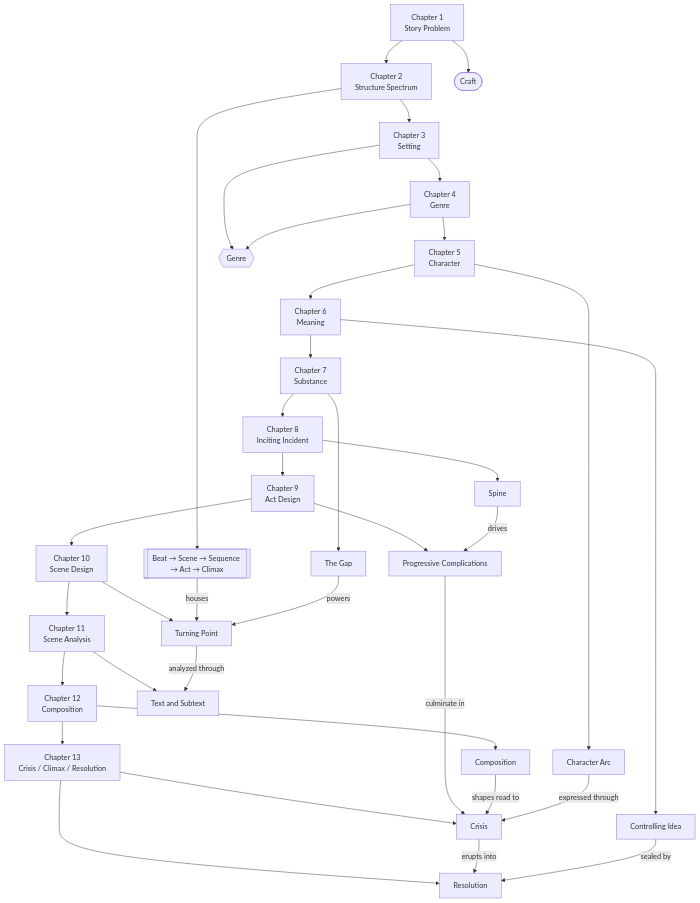
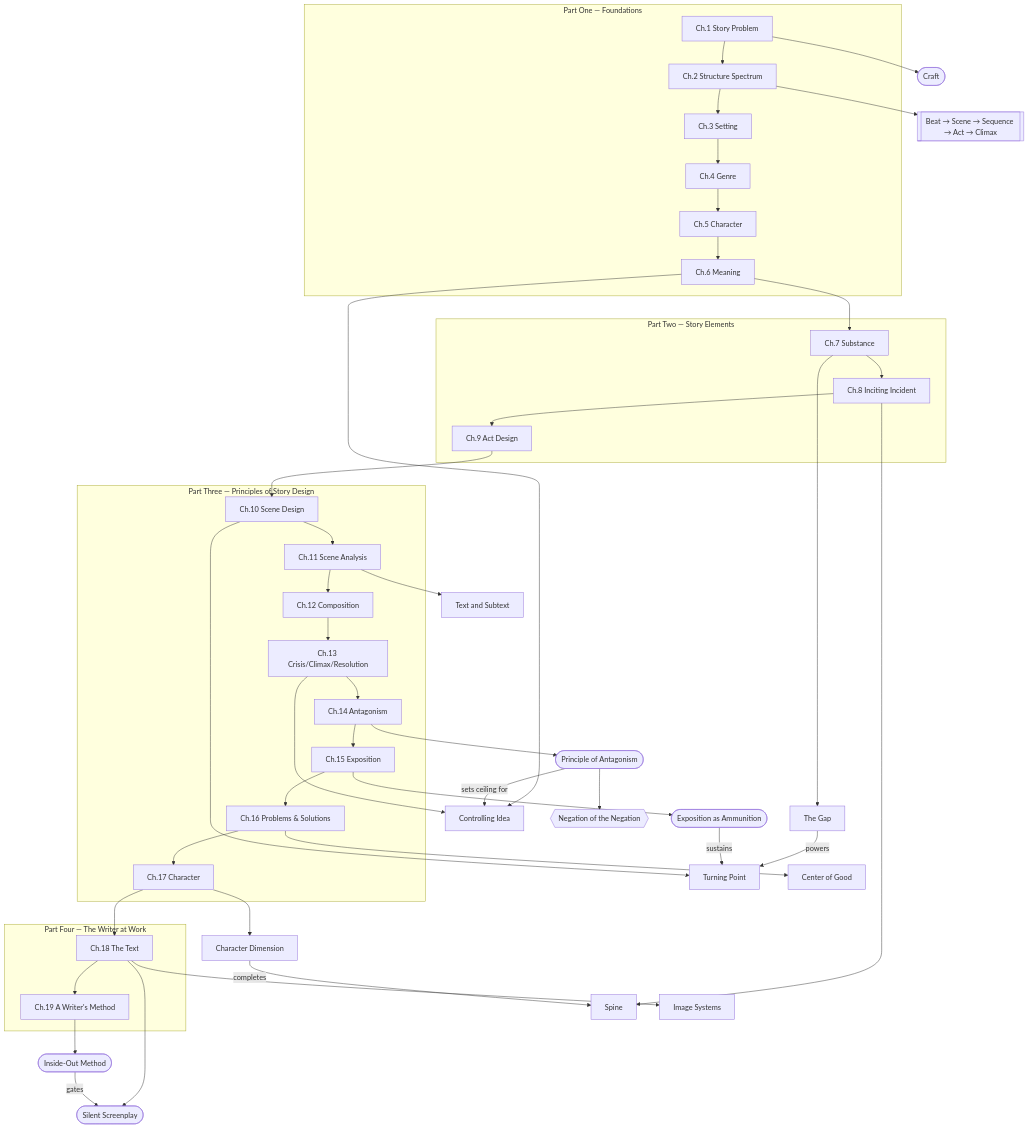
Before and after one commit to Quentinbest/LLM-Wiki-Story: the diagram in wiki/en/overview.md, drawn with Mermaid. The commit also changed other lines of this file and 37 other files, not shown here.

````diff
--- a/wiki/en/overview.md
+++ b/wiki/en/overview.md
@@ -21,56 +25,75 @@
 ```mermaid
 flowchart TB
-  ch1[Chapter 1<br/>Story Problem]
-  ch2[Chapter 2<br/>Structure Spectrum]
-  ch3[Chapter 3<br/>Setting]
-  ch4[Chapter 4<br/>Genre]
-  ch5[Chapter 5<br/>Character]
-  ch6[Chapter 6<br/>Meaning]
-  ch7[Chapter 7<br/>Substance]
-  ch8[Chapter 8<br/>Inciting Incident]
-  ch9[Chapter 9<br/>Act Design]
-  ch10[Chapter 10<br/>Scene Design]
-  ch11[Chapter 11<br/>Scene Analysis]
-  ch12[Chapter 12<br/>Composition]
-  ch13[Chapter 13<br/>Crisis / Climax / Resolution]
+  subgraph PartOne["Part One — Foundations"]
+    ch1[Ch.1 Story Problem]
+    ch2[Ch.2 Structure Spectrum]
+    ch3[Ch.3 Setting]
+    ch4[Ch.4 Genre]
+    ch5[Ch.5 Character]
+    ch6[Ch.6 Meaning]
+  end
+
+  subgraph PartTwo["Part Two — Story Elements"]
+    ch7[Ch.7 Substance]
+    ch8[Ch.8 Inciting Incident]
+    ch9[Ch.9 Act Design]
+  end
+
+  subgraph PartThree["Part Three — Principles of Story Design"]
+    ch10[Ch.10 Scene Design]
+    ch11[Ch.11 Scene Analysis]
+    ch12[Ch.12 Composition]
+    ch13[Ch.13 Crisis/Climax/Resolution]
+    ch14[Ch.14 Antagonism]
+    ch15[Ch.15 Exposition]
+    ch16[Ch.16 Problems & Solutions]
+    ch17[Ch.17 Character]
+  end
+
+  subgraph PartFour["Part Four — The Writer at Work"]
+    ch18[Ch.18 The Text]
+    ch19[Ch.19 A Writer's Method]
+  end
 
   craft([Craft])
   hierarchy[[Beat → Scene → Sequence → Act → Climax]]
-  genre{{Genre}}
-  character[Character Arc]
   meaning[Controlling Idea]
   gap[The Gap]
   spine[Spine]
-  complications[Progressive Complications]
   turn[Turning Point]
   subtext[Text and Subtext]
-  composition[Composition]
-  crisis[Crisis]
-  resolution[Resolution]
+  antagonism([Principle of Antagonism])
+  nen{{Negation of the Negation}}
+  ammo([Exposition as Ammunition])
+  centerOfGood[Center of Good]
+  dimension[Character Dimension]
+  imageSys[Image Systems]
+  silent([Silent Screenplay])
+  insideOut([Inside-Out Method])
 
   ch1 --> craft
   ch2 --> hierarchy
-  ch3 --> genre
-  ch4 --> genre
-  ch5 --> character
   ch6 --> meaning
   ch7 --> gap
   ch8 --> spine
-  ch9 --> complications
   ch10 --> turn
   ch11 --> subtext
-  ch12 --> composition
-  ch13 --> crisis
-  ch13 --> resolution
+  ch13 --> meaning
+  ch14 --> antagonism
+  antagonism --> nen
+  ch15 --> ammo
+  ch16 --> centerOfGood
+  ch17 --> dimension
+  ch18 --> imageSys
+  ch18 --> silent
+  ch19 --> insideOut
 
-  ch1 --> ch2 --> ch3 --> ch4 --> ch5 --> ch6 --> ch7 --> ch8 --> ch9 --> ch10 --> ch11 --> ch12 --> ch13
-  hierarchy -->|houses| turn
+  ch1 --> ch2 --> ch3 --> ch4 --> ch5 --> ch6 --> ch7 --> ch8 --> ch9
+  ch9 --> ch10 --> ch11 --> ch12 --> ch13 --> ch14 --> ch15 --> ch16 --> ch17 --> ch18 --> ch19
+
   gap -->|powers| turn
-  spine -->|drives| complications
-  complications -->|culminate in| crisis
-  turn -->|analyzed through| subtext
-  composition -->|shapes road to| crisis
-  crisis -->|erupts into| resolution
-  character -->|expressed through| crisis
-  meaning -->|sealed by| resolution
+  antagonism -->|sets ceiling for| meaning
+  ammo -->|sustains| turn
+  dimension -->|completes| spine
+  insideOut -->|gates| silent
 ```
````
